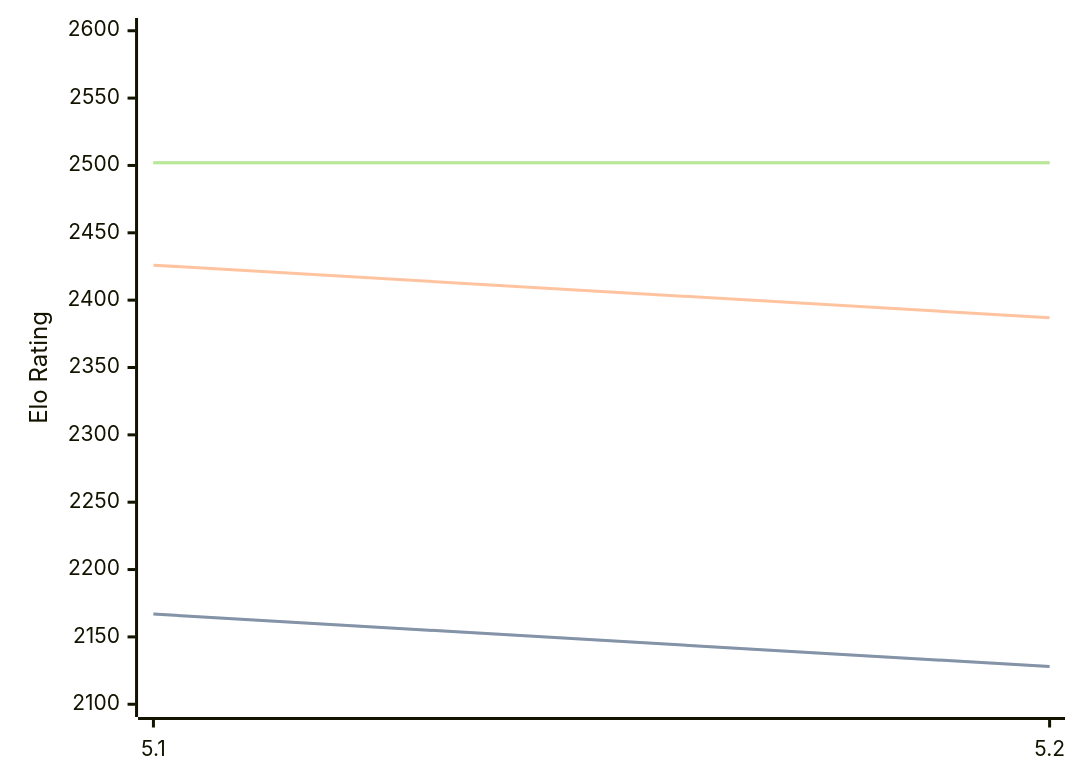
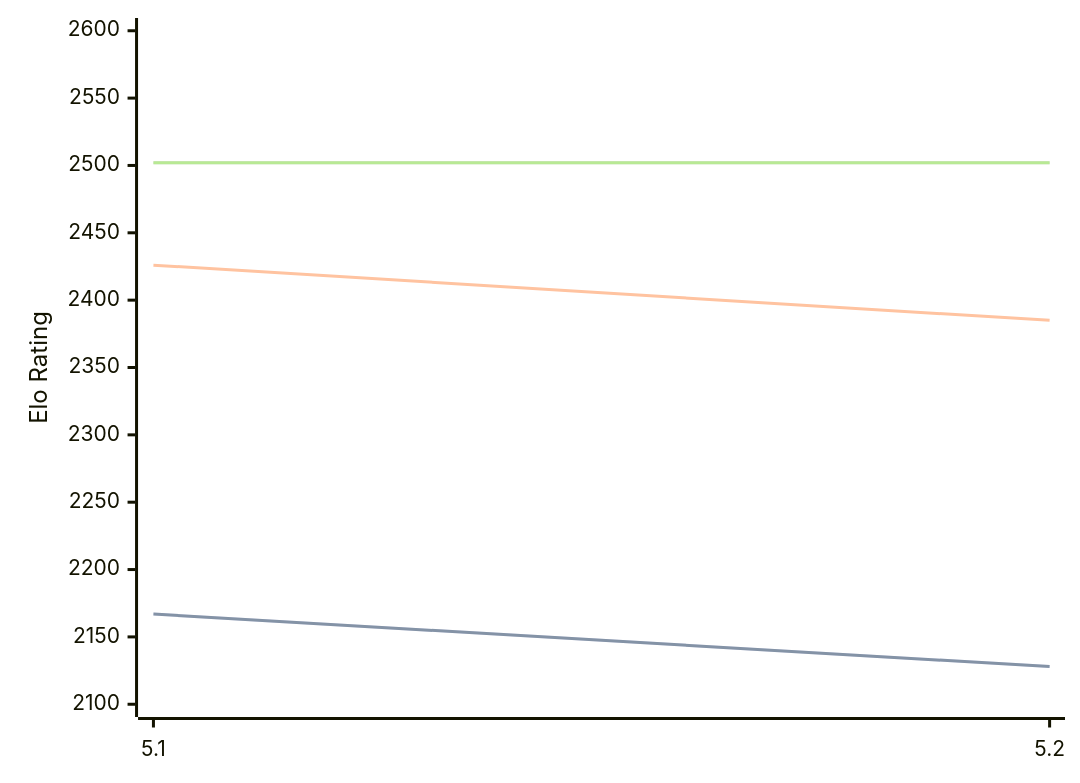
Before and after one commit to computer-chess-index/cci: the diagram in engines/Prophet.md, drawn with Mermaid. The commit also changed other lines of this file, not shown here.

````diff
--- a/engines/Prophet.md
+++ b/engines/Prophet.md
@@ -32,11 +32,11 @@
 ```mermaid
 %%{init: {"theme":"base","themeVariables":{"seriesColors:['#a3a3a3','#222221','#faa371']}}}%%
 xychart-beta
   x-axis ["5.1", "5.2"]
   y-axis "Elo Rating" 2100 --> 2600
   line "" [2167, 2128]
   line "STC (8.0+0.08s)" [2167, 2128]
-  line "LTC (60.0+0.60s)" [2426, 2387]
+  line "LTC (60.0+0.60s)" [2426, 2385]
   line "" [2502, 2502]
   line "VLTC (2m24s+1.12s)" [2502, 2502]
 ```
````
